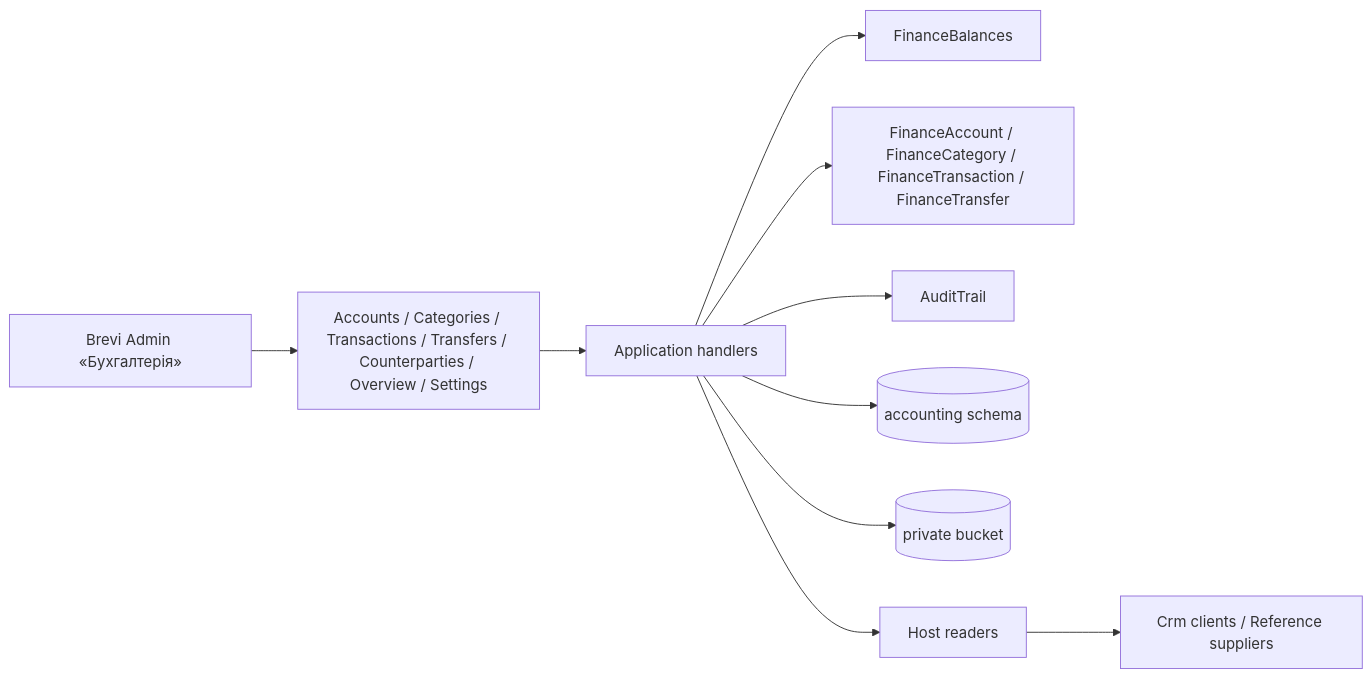
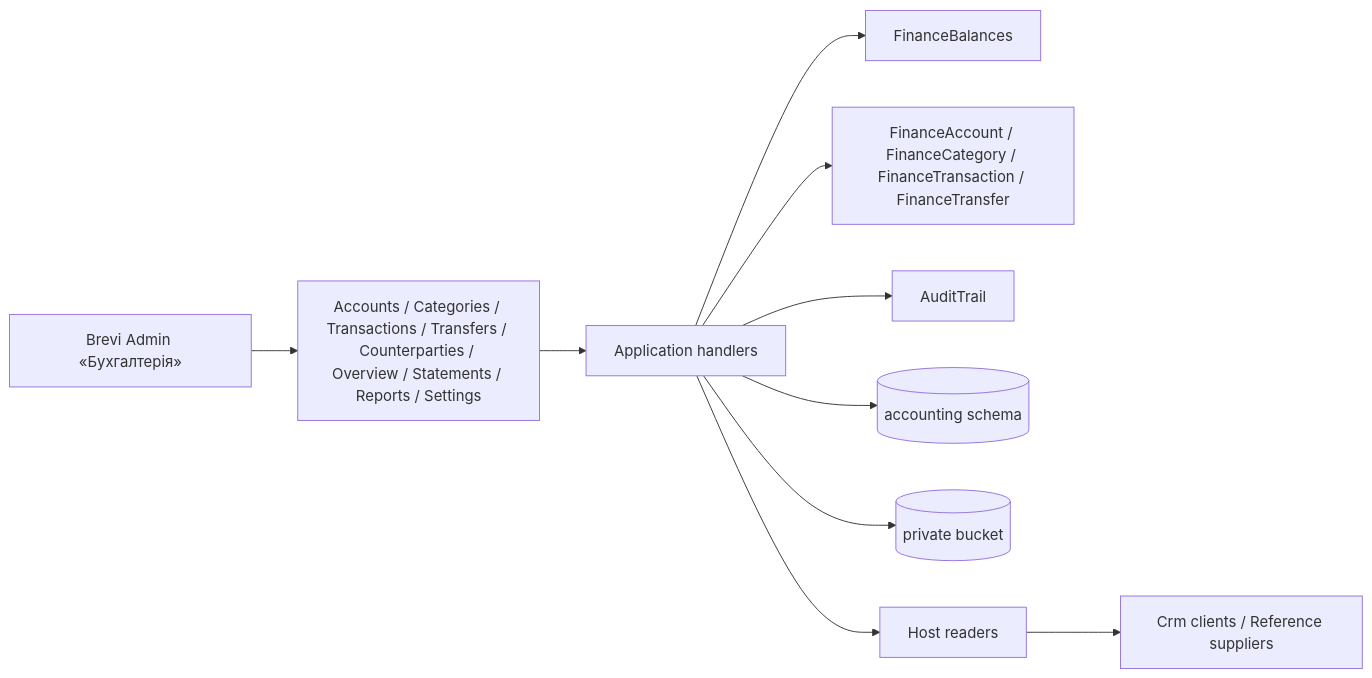
Before and after one commit to Weretik/BreviERP: the diagram in docs/sdd/features/accounting/finance.md, drawn with Mermaid. The commit also changed other lines of this file and 14 other files, not shown here.

````diff
--- a/docs/sdd/features/accounting/finance.md
+++ b/docs/sdd/features/accounting/finance.md
@@ -64,11 +67,11 @@
 ```mermaid
 flowchart LR
-  Admin[Brevi Admin «Бухгалтерія»] --> Controllers[Accounts / Categories / Transactions / Transfers / Counterparties / Overview / Settings]
+  Admin[Brevi Admin «Бухгалтерія»] --> Controllers[Accounts / Categories / Transactions / Transfers / Counterparties / Overview / Statements / Reports / Settings]
   Controllers --> Handlers[Application handlers]
   Handlers --> Balances[FinanceBalances]
   Handlers --> Domain[FinanceAccount / FinanceCategory / FinanceTransaction / FinanceTransfer]
   Handlers --> Audit[AuditTrail]
   Handlers --> Db[(accounting schema)]
   Handlers --> Files[(private bucket)]
   Handlers --> Readers[Host readers] --> Others[Crm clients / Reference suppliers]
 ```
````
